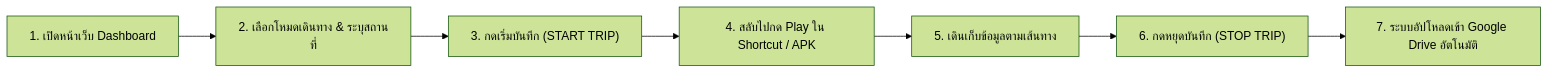
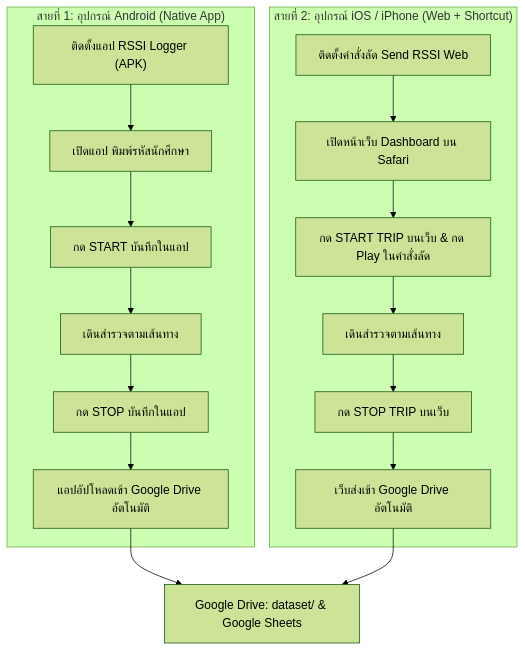
One commit to Kitsada4435/rssi-web-logger changed the first of 2 diagrams in README.md. Above: the diagram before and after it, drawn with Mermaid (forest theme). The commit also changed other lines of this file and 1 other file, not shown here.

````diff
--- a/README.md
+++ b/README.md
@@ -113,9 +40,21 @@
 ```mermaid
-flowchart LR
-    A["1. เปิดหน้าเว็บ Dashboard"] --> B["2. เลือกโหมดเดินทาง & ระบุสถานที่"]
-    B --> C["3. กดเริ่มบันทึก (START TRIP)"]
-    C --> D["4. สลับไปกด Play ใน Shortcut / APK"]
-    D --> E["5. เดินเก็บข้อมูลตามเส้นทาง"]
-    E --> F["6. กดหยุดบันทึก (STOP TRIP)"]
-    F --> G["7. ระบบอัปโหลดเข้า Google Drive อัตโนมัติ"]
+flowchart TD
+    subgraph AndroidPath ["สายที่ 1: อุปกรณ์ Android (Native App)"]
+        A1["ติดตั้งแอป RSSI Logger (APK)"] --> A2["เปิดแอป พิมพ์รหัสนักศึกษา"]
+        A2 --> A3["กด START บันทึกในแอป"]
+        A3 --> A4["เดินสำรวจตามเส้นทาง"]
+        A4 --> A5["กด STOP บันทึกในแอป"]
+        A5 --> A6["แอปอัปโหลดเข้า Google Drive อัตโนมัติ"]
+    end
+
+    subgraph iOSPath ["สายที่ 2: อุปกรณ์ iOS / iPhone (Web + Shortcut)"]
+        B1["ติดตั้งคำสั่งลัด Send RSSI Web"] --> B2["เปิดหน้าเว็บ Dashboard บน Safari"]
+        B2 --> B3["กด START TRIP บนเว็บ & กด Play ในคำสั่งลัด"]
+        B3 --> B4["เดินสำรวจตามเส้นทาง"]
+        B4 --> B5["กด STOP TRIP บนเว็บ"]
+        B5 --> B6["เว็บส่งเข้า Google Drive อัตโนมัติ"]
+    end
+
+    A6 --> CentralStorage["Google Drive: dataset/ & Google Sheets"]
+    B6 --> CentralStorage
 ```
````
